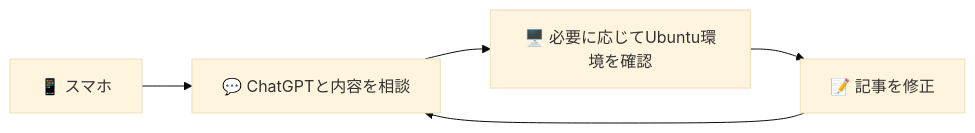
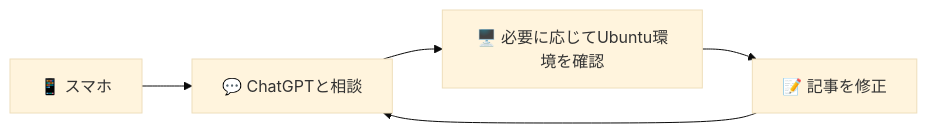
The fifth of 5 diagrams in articles/remote-desktop-commander-smartphone.md (kkoch5t2/zenn-contents), drawn with Mermaid (base theme) before and after one commit. The commit also changed other lines of this file, not shown here.

````diff
--- a/articles/remote-desktop-commander-smartphone.md
+++ b/articles/remote-desktop-commander-smartphone.md
@@ -142,7 +124,7 @@
 ```mermaid
 flowchart LR
-    A["📱 スマホ"] --> B["💬 ChatGPTと内容を相談"]
+    A["📱 スマホ"] --> B["💬 ChatGPTと相談"]
     B --> C["🖥️ 必要に応じてUbuntu環境を確認"]
     C --> D["📝 記事を修正"]
     D --> B
 ```
````
